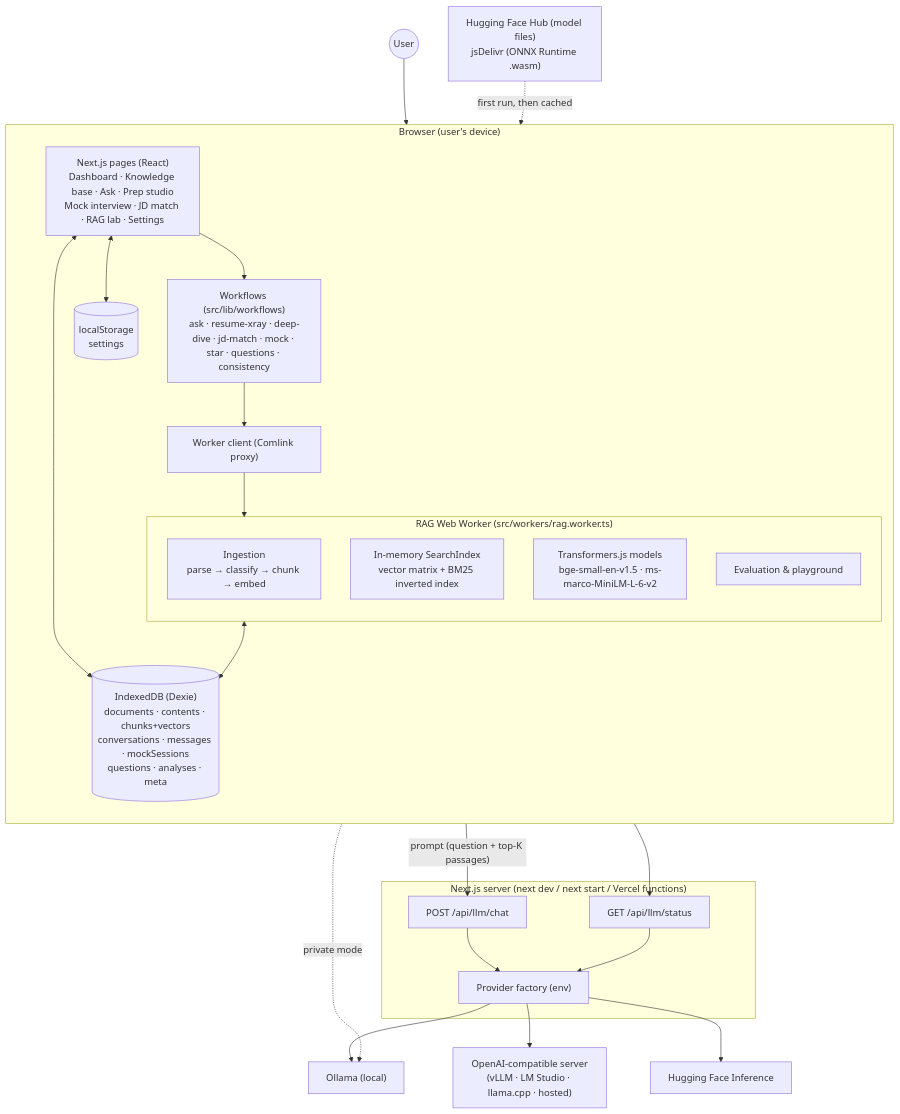
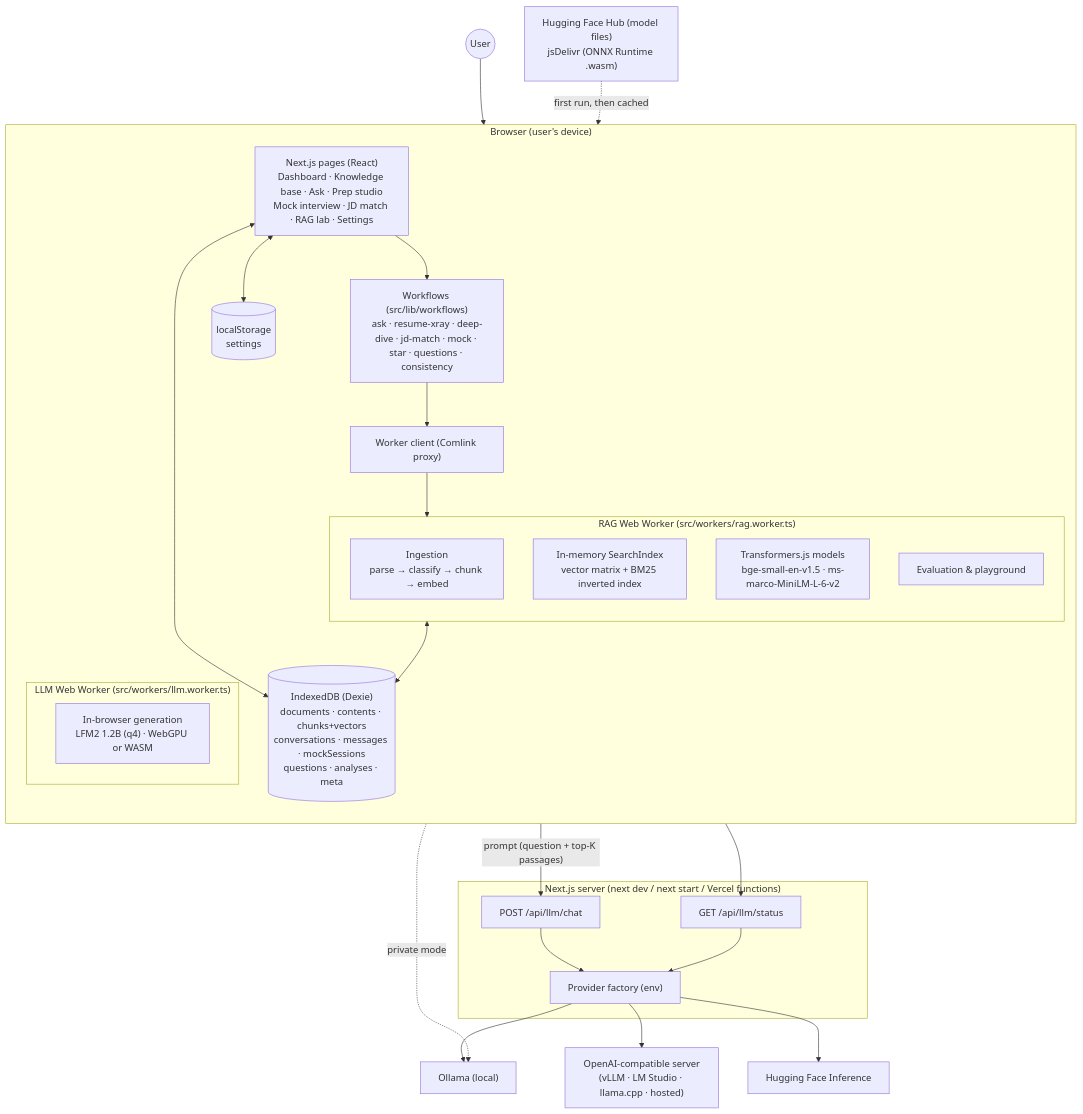
Before and after one commit to gundeeps247/resumerag: the first of 9 diagrams in docs/ARCHITECTURE.md, drawn with Mermaid. The commit also changed other lines of this file and 42 other files, not shown here.

````diff
--- a/docs/ARCHITECTURE.md
+++ b/docs/ARCHITECTURE.md
@@ -7,42 +7,45 @@
 ```mermaid
 flowchart TB
   user(("User"))
   subgraph browser["Browser (user's device)"]
     direction TB
     pages["Next.js pages (React)<br/>Dashboard · Knowledge base · Ask · Prep studio<br/>Mock interview · JD match · RAG lab · Settings"]
     workflows["Workflows (src/lib/workflows)<br/>ask · resume-xray · deep-dive · jd-match · mock · star · questions · consistency"]
     client["Worker client (Comlink proxy)"]
     subgraph worker["RAG Web Worker (src/workers/rag.worker.ts)"]
       ingest["Ingestion<br/>parse → classify → chunk → embed"]
       index["In-memory SearchIndex<br/>vector matrix + BM25 inverted index"]
       models["Transformers.js models<br/>bge-small-en-v1.5 · ms-marco-MiniLM-L-6-v2"]
       evalw["Evaluation & playground"]
+    end
+    subgraph llmw["LLM Web Worker (src/workers/llm.worker.ts)"]
+      gen["In-browser generation<br/>LFM2 1.2B (q4) · WebGPU or WASM"]
     end
     idb[("IndexedDB (Dexie)<br/>documents · contents · chunks+vectors<br/>conversations · messages · mockSessions<br/>questions · analyses · meta")]
     settings[("localStorage<br/>settings")]
   end
   subgraph server["Next.js server (next dev / next start / Vercel functions)"]
     chat["POST /api/llm/chat"]
     status["GET /api/llm/status"]
     factory["Provider factory (env)"]
   end
   ollama["Ollama (local)"]
   compat["OpenAI-compatible server<br/>(vLLM · LM Studio · llama.cpp · hosted)"]
   hf["Hugging Face Inference"]
   hub["Hugging Face Hub (model files)<br/>jsDelivr (ONNX Runtime .wasm)"]
 
   user --> pages
   pages --> workflows --> client --> worker
   worker <--> idb
   pages <--> idb
   pages <--> settings
   workflows -->|"prompt (question + top-K passages)"| chat
   pages --> status
   chat --> factory
   status --> factory
   factory --> ollama
   factory --> compat
   factory --> hf
   workflows -. "private mode" .-> ollama
   hub -. "first run, then cached" .-> models
 ```
````
